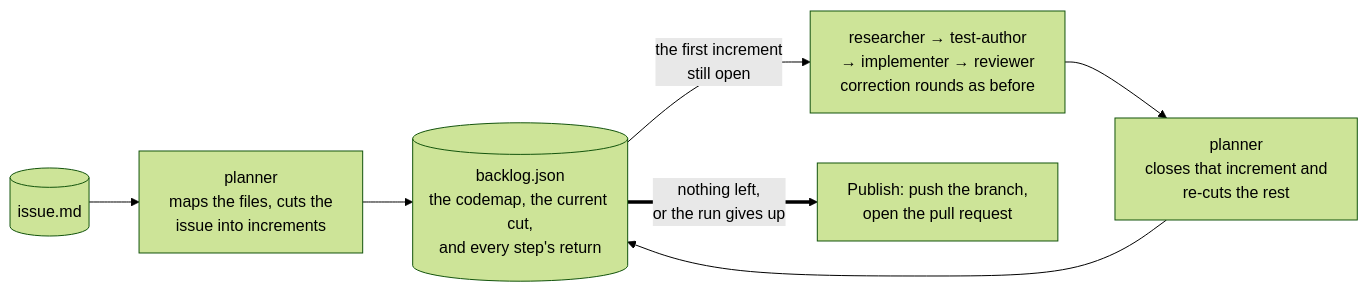
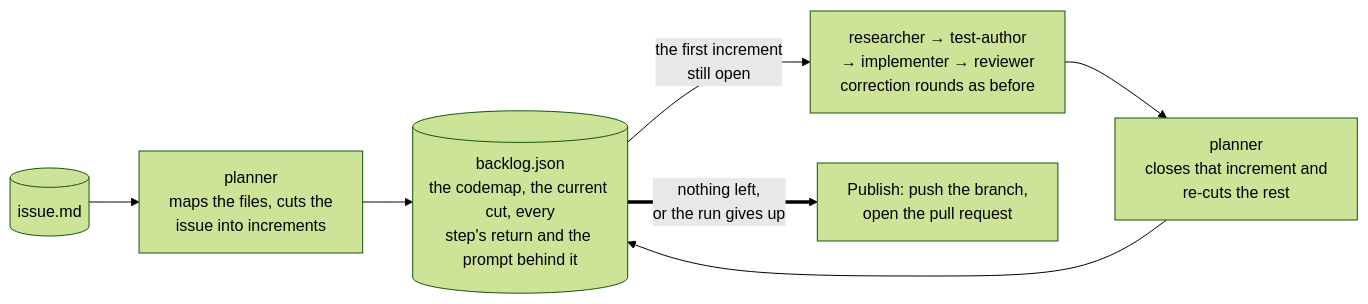
Before and after one commit to artkoenig/athena: the second of 4 diagrams in README.md, drawn with Mermaid (forest theme). The commit also changed other lines of this file and 12 other files, not shown here.

First line of the commit message:
Make backlog.json the single source of truth for a run (#72)

````diff
--- a/README.md
+++ b/README.md
@@ -119,9 +132,9 @@
 ```mermaid
 flowchart LR
     ISSUE[("issue.md")] --> PLAN["planner<br/>maps the files, cuts the<br/>issue into increments"]
-    PLAN --> BACK[("backlog.json<br/>the codemap, the current cut,<br/>and every step's return")]
+    PLAN --> BACK[("backlog.json<br/>the codemap, the current cut, every<br/>step's return and the prompt behind it")]
     BACK -->|"the first increment<br/>still open"| CHAIN["researcher → test-author<br/>→ implementer → reviewer<br/>correction rounds as before"]
     CHAIN --> REPLAN["planner<br/>closes that increment and<br/>re-cuts the rest"]
     REPLAN --> BACK
     BACK ==>|"nothing left,<br/>or the run gives up"| PUB["Publish: push the branch,<br/>open the pull request"]
 ```
````
